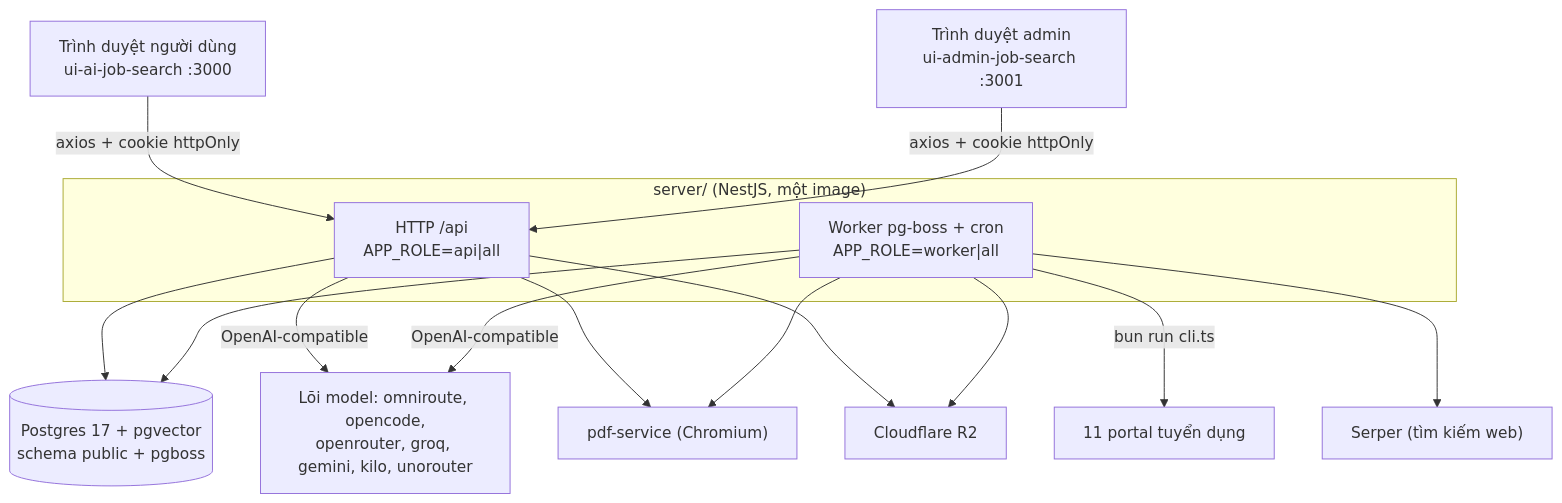
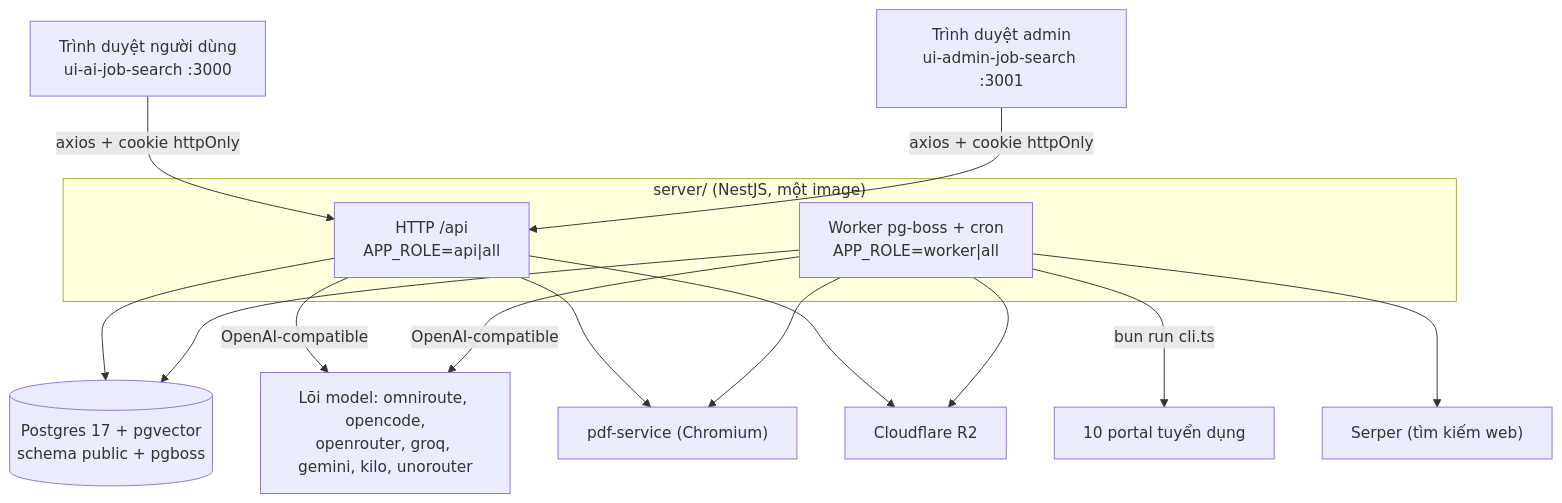
Before and after one commit to BuiThienHoang221204/ai-job-search: the second of 4 diagrams in docs/business-flows/01-system-overview.md, drawn with Mermaid. The commit also changed other lines of this file and 23 other files, not shown here.

````diff
--- a/docs/business-flows/01-system-overview.md
+++ b/docs/business-flows/01-system-overview.md
@@ -54,16 +54,16 @@
 ```mermaid
 flowchart TB
   U["Trình duyệt người dùng<br/>ui-ai-job-search :3000"] -->|"axios + cookie httpOnly"| API
   A["Trình duyệt admin<br/>ui-admin-job-search :3001"] -->|"axios + cookie httpOnly"| API
   subgraph "server/ (NestJS, một image)"
     API["HTTP /api<br/>APP_ROLE=api|all"]
     W["Worker pg-boss + cron<br/>APP_ROLE=worker|all"]
   end
   API --> PG[("Postgres 17 + pgvector<br/>schema public + pgboss")]
   W --> PG
-  W -->|"bun run cli.ts"| PORT["11 portal tuyển dụng"]
+  W -->|"bun run cli.ts"| PORT["10 portal tuyển dụng"]
   API & W -->|"OpenAI-compatible"| GW["Lõi model: omniroute, opencode,<br/>openrouter, groq, gemini, kilo, unorouter"]
   API & W --> PDF["pdf-service (Chromium)"]
   API & W --> R2["Cloudflare R2"]
   W --> SER["Serper (tìm kiếm web)"]
 ```
````
